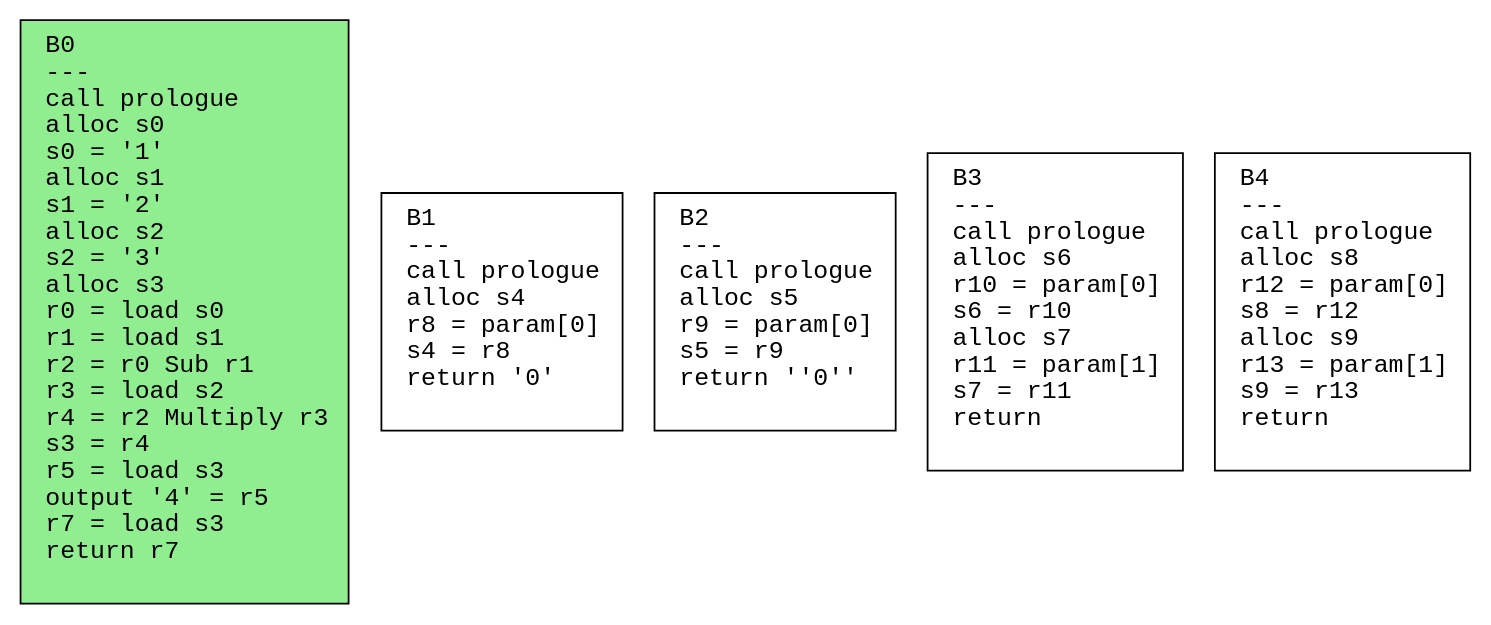
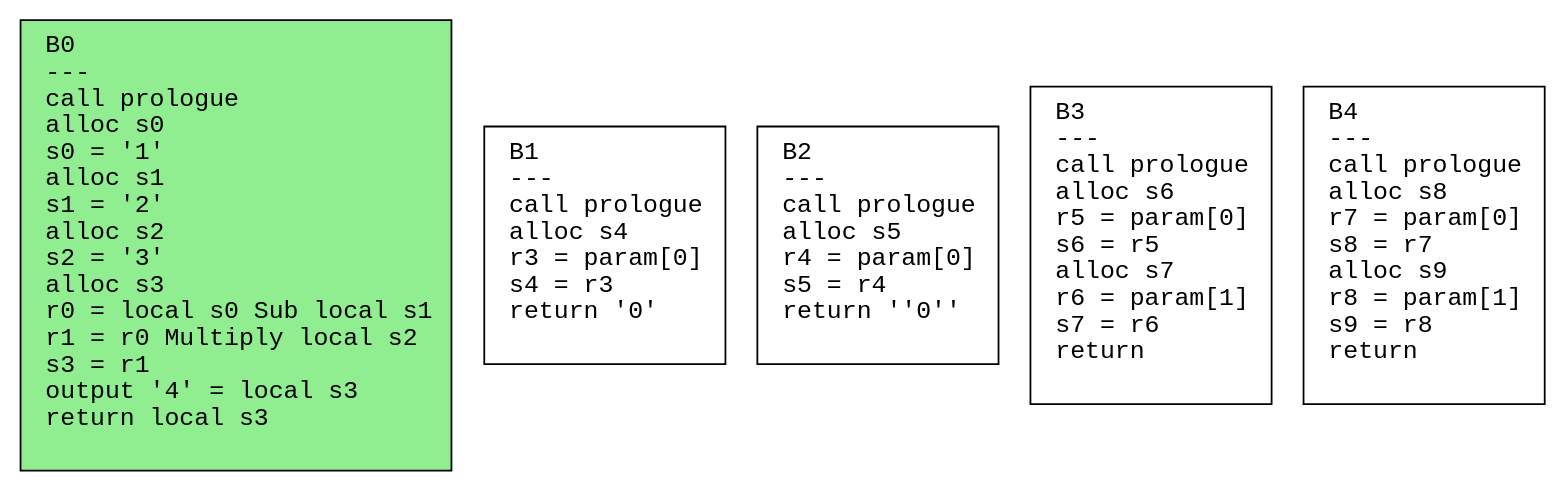
The diagram in output/calc.dot (safarislava/ProcTranslator), drawn with Graphviz before and after one commit. The commit also changed 38 other files, not shown here.

```diff
--- a/output/calc.dot
+++ b/output/calc.dot
@@ -1,12 +1,12 @@
 digraph CFG {
   rankdir=TB;
   node [shape=box, fontname="Courier", style=filled, fillcolor=white, margin="0.2,0.1"];
   edge [fontname="Courier"];
 
-  "B0" [label="B0\l---\lcall prologue\lalloc s0\ls0 = '1'\lalloc s1\ls1 = '2'\lalloc s2\ls2 = '3'\lalloc s3\lr0 = load s0\lr1 = load s1\lr2 = r0 Sub r1\lr3 = load s2\lr4 = r2 Multiply r3\ls3 = r4\lr5 = load s3\loutput '4' = r5\lr7 = load s3\lreturn r7\l "];
-  "B1" [label="B1\l---\lcall prologue\lalloc s4\lr8 = param[0]\ls4 = r8\lreturn '0'\l "];
-  "B2" [label="B2\l---\lcall prologue\lalloc s5\lr9 = param[0]\ls5 = r9\lreturn ''0''\l "];
-  "B3" [label="B3\l---\lcall prologue\lalloc s6\lr10 = param[0]\ls6 = r10\lalloc s7\lr11 = param[1]\ls7 = r11\lreturn\l "];
-  "B4" [label="B4\l---\lcall prologue\lalloc s8\lr12 = param[0]\ls8 = r12\lalloc s9\lr13 = param[1]\ls9 = r13\lreturn\l "];
+  "B0" [label="B0\l---\lcall prologue\lalloc s0\ls0 = '1'\lalloc s1\ls1 = '2'\lalloc s2\ls2 = '3'\lalloc s3\lr0 = local s0 Sub local s1\lr1 = r0 Multiply local s2\ls3 = r1\loutput '4' = local s3\lreturn local s3\l "];
+  "B1" [label="B1\l---\lcall prologue\lalloc s4\lr3 = param[0]\ls4 = r3\lreturn '0'\l "];
+  "B2" [label="B2\l---\lcall prologue\lalloc s5\lr4 = param[0]\ls5 = r4\lreturn ''0''\l "];
+  "B3" [label="B3\l---\lcall prologue\lalloc s6\lr5 = param[0]\ls6 = r5\lalloc s7\lr6 = param[1]\ls7 = r6\lreturn\l "];
+  "B4" [label="B4\l---\lcall prologue\lalloc s8\lr7 = param[0]\ls8 = r7\lalloc s9\lr8 = param[1]\ls9 = r8\lreturn\l "];
   "B0" [fillcolor=lightgreen];
 }
```
